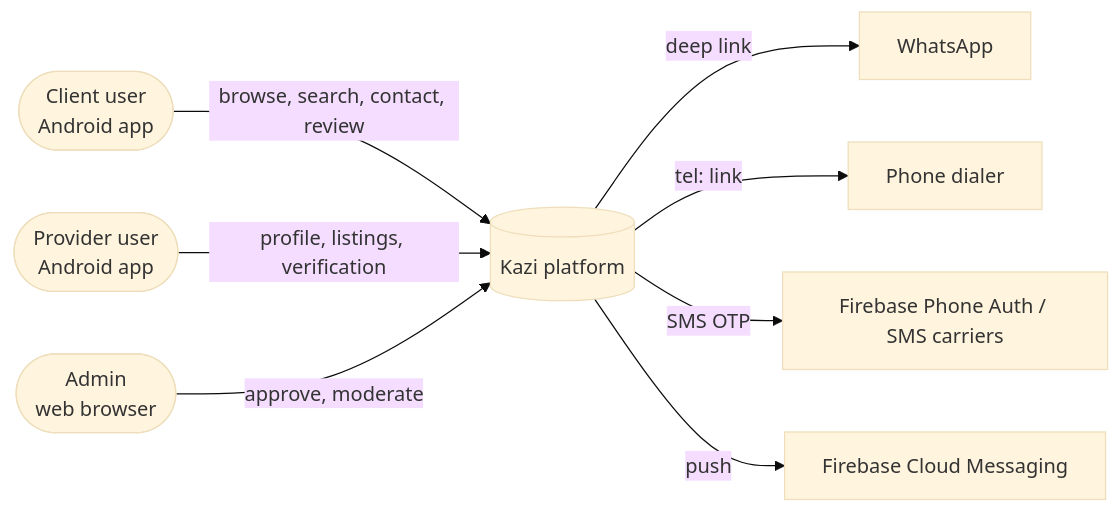
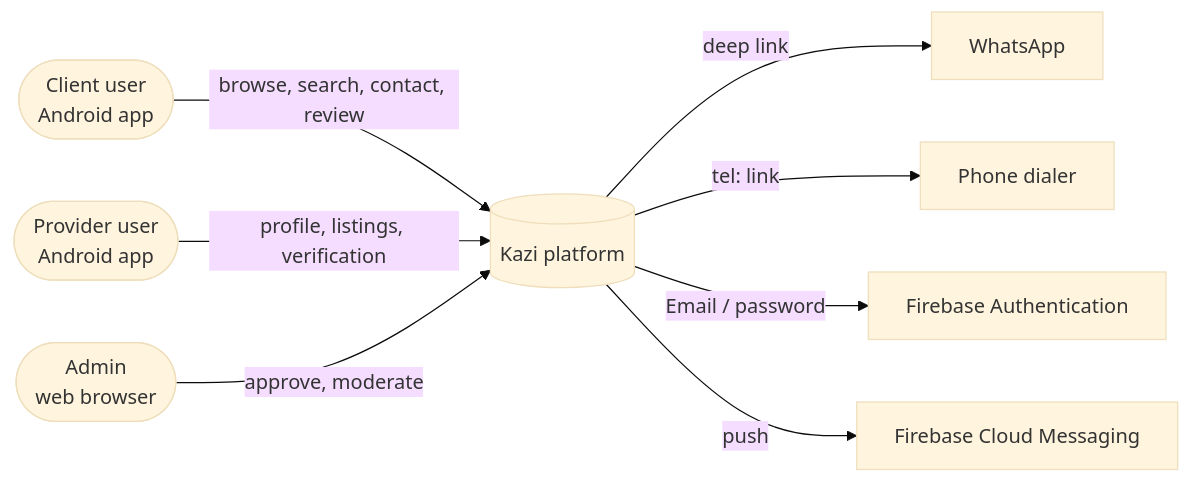
Before and after one commit to ArchipeSesanga/kazi: the first of 4 diagrams in docs/02-ADD.md, drawn with Mermaid (base theme). The commit also changed other lines of this file and 72 other files, not shown here.

````diff
--- a/docs/02-ADD.md
+++ b/docs/02-ADD.md
@@ -29,10 +29,10 @@
 ```mermaid
 flowchart LR
   Client([Client user\nAndroid app]) -->|browse, search, contact, review| Kazi[(Kazi platform)]
   Provider([Provider user\nAndroid app]) -->|profile, listings, verification| Kazi
   Admin([Admin\nweb browser]) -->|approve, moderate| Kazi
   Kazi -->|deep link| WhatsApp[WhatsApp]
   Kazi -->|tel: link| Phone[Phone dialer]
-  Kazi -->|SMS OTP| SMS[Firebase Phone Auth / SMS carriers]
+  Kazi -->|Email / password| AUTH[Firebase Authentication]
   Kazi -->|push| FCM[Firebase Cloud Messaging]
 ```
````
